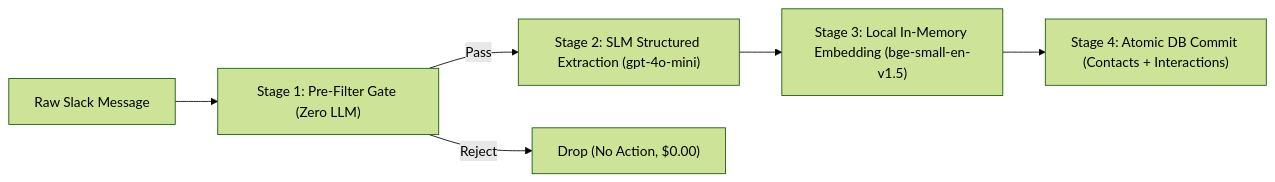
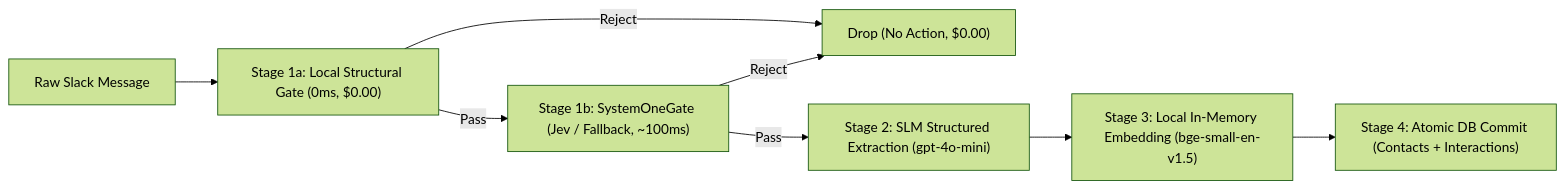
Before and after one commit to Febchuk/knappy-slack-assistant: the diagram in specs/03_sequential_ingestion_pipeline.md, drawn with Mermaid (forest theme). The commit also changed other lines of this file, not shown here.

Commit message:
docs(spec-03): specify two-tier ingestion gate with TypeSafe Jev System 1 classification

````diff
--- a/specs/03_sequential_ingestion_pipeline.md
+++ b/specs/03_sequential_ingestion_pipeline.md
@@ -9,8 +9,10 @@
 ```mermaid
 flowchart LR
-    A["Raw Slack Message"] --> B["Stage 1: Pre-Filter Gate (Zero LLM)"]
-    B -->|Pass| C["Stage 2: SLM Structured Extraction (gpt-4o-mini)"]
-    B -->|Reject| Drop["Drop (No Action, $0.00)"]
+    A["Raw Slack Message"] --> B0["Stage 1a: Local Structural Gate (0ms, $0.00)"]
+    B0 -->|Pass| B1["Stage 1b: SystemOneGate (Jev / Fallback, ~100ms)"]
+    B0 -->|Reject| Drop["Drop (No Action, $0.00)"]
+    B1 -->|Pass| C["Stage 2: SLM Structured Extraction (gpt-4o-mini)"]
+    B1 -->|Reject| Drop
     C --> D["Stage 3: Local In-Memory Embedding (bge-small-en-v1.5)"]
     D --> E["Stage 4: Atomic DB Commit (Contacts + Interactions)"]
 ```
````
